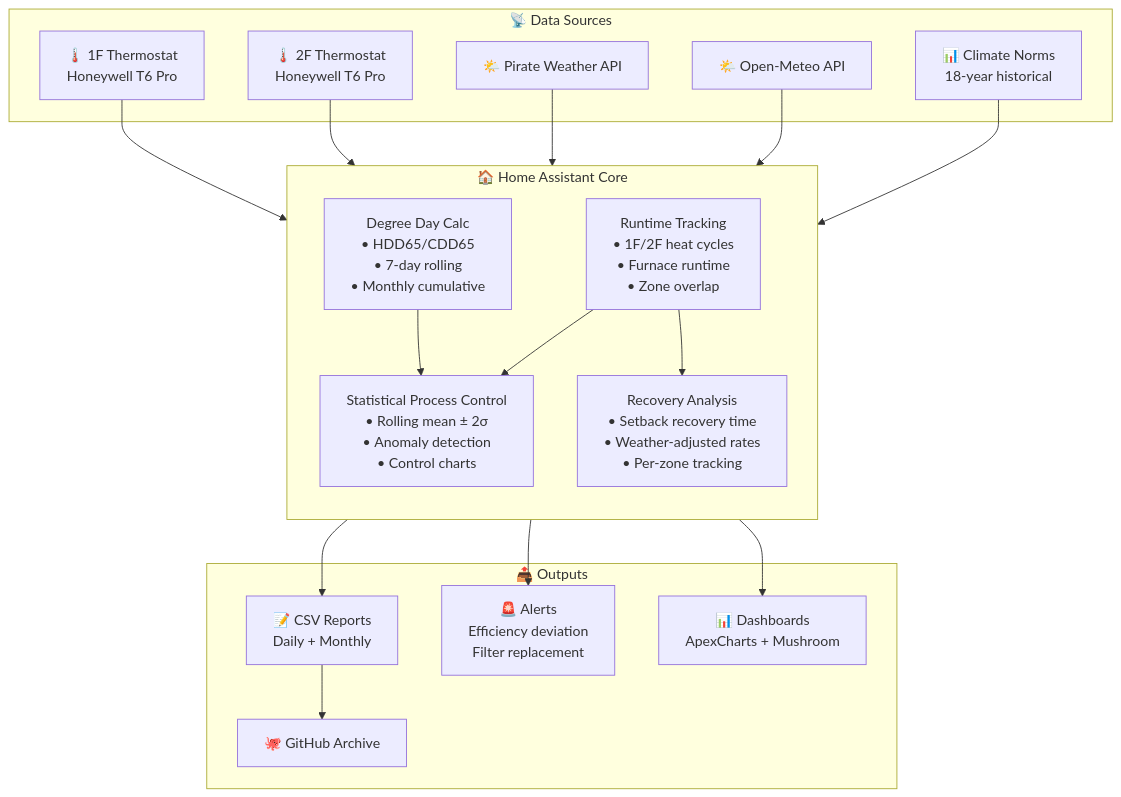
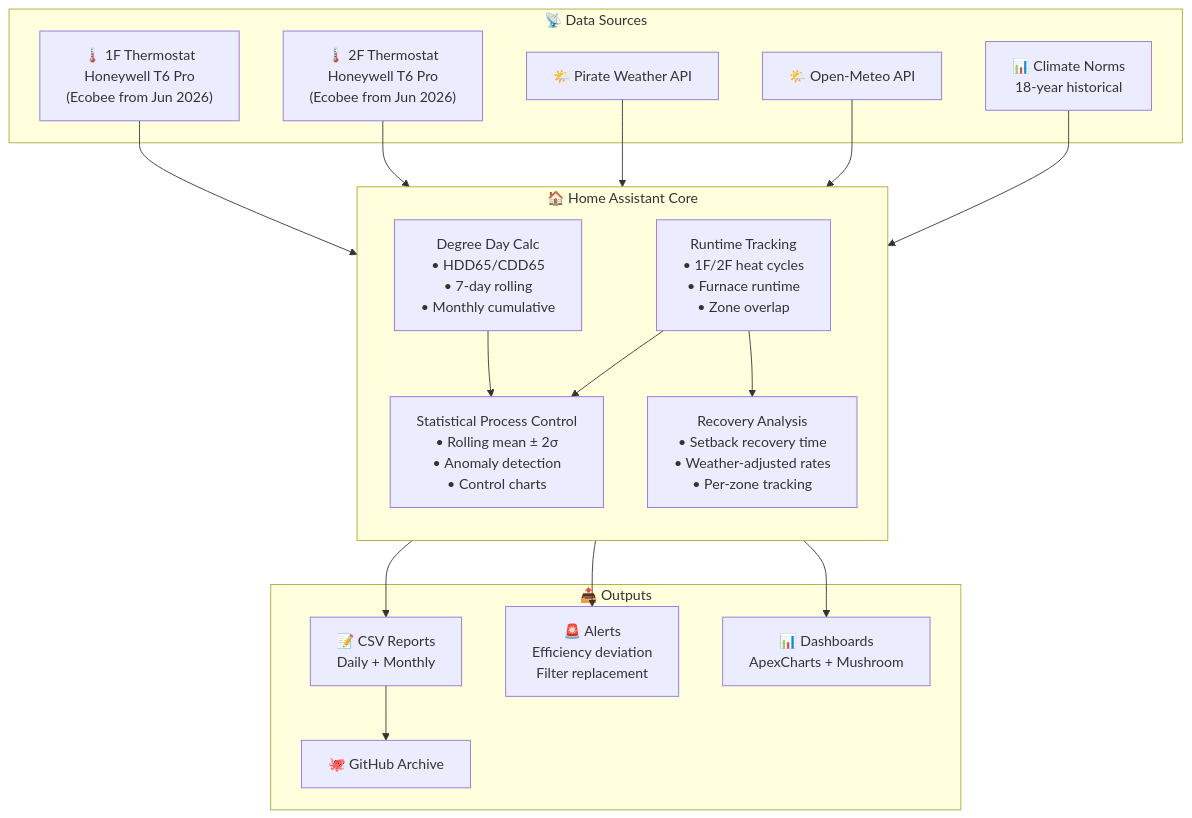
One commit to wkcollis1-eng/Residential-HVAC-Performance-Baseline- changed the diagram in README.md. Above: the diagram before and after it, drawn with Mermaid. The commit also changed other lines of this file, not shown here.

````diff
--- a/README.md
+++ b/README.md
@@ -56,39 +63,39 @@
 ```mermaid
 flowchart TB
     subgraph inputs["📡 Data Sources"]
-        T1["🌡️ 1F Thermostat<br/>Honeywell T6 Pro"]
-        T2["🌡️ 2F Thermostat<br/>Honeywell T6 Pro"]
+        T1["🌡️ 1F Thermostat<br/>Honeywell T6 Pro<br/>(Ecobee from Jun 2026)"]
+        T2["🌡️ 2F Thermostat<br/>Honeywell T6 Pro<br/>(Ecobee from Jun 2026)"]
         PW["🌤️ Pirate Weather API"]
         OM["🌤️ Open-Meteo API"]
         CN["📊 Climate Norms<br/>18-year historical"]
     end
 
     subgraph ha["🏠 Home Assistant Core"]
         direction TB
         RT["Runtime Tracking<br/>• 1F/2F heat cycles<br/>• Furnace runtime<br/>• Zone overlap"]
         DD["Degree Day Calc<br/>• HDD65/CDD65<br/>• 7-day rolling<br/>• Monthly cumulative"]
         SPC["Statistical Process Control<br/>• Rolling mean ± 2σ<br/>• Anomaly detection<br/>• Control charts"]
         REC["Recovery Analysis<br/>• Setback recovery time<br/>• Weather-adjusted rates<br/>• Per-zone tracking"]
     end
 
     subgraph outputs["📤 Outputs"]
         CSV["📝 CSV Reports<br/>Daily + Monthly"]
         ALERT["🚨 Alerts<br/>Efficiency deviation<br/>Filter replacement"]
         DASH["📊 Dashboards<br/>ApexCharts + Mushroom"]
         GH["🐙 GitHub Archive"]
     end
 
     T1 --> RT
     T2 --> RT
     PW --> DD
     OM --> DD
     CN --> SPC
     RT --> SPC
     DD --> SPC
     RT --> REC
 
     SPC --> CSV
     SPC --> ALERT
     SPC --> DASH
     CSV --> GH
 ```
````
